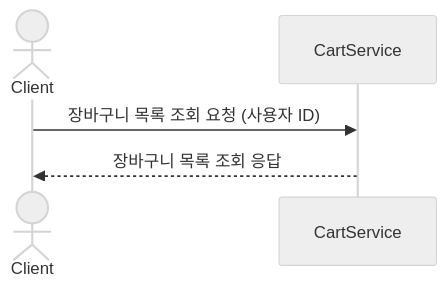
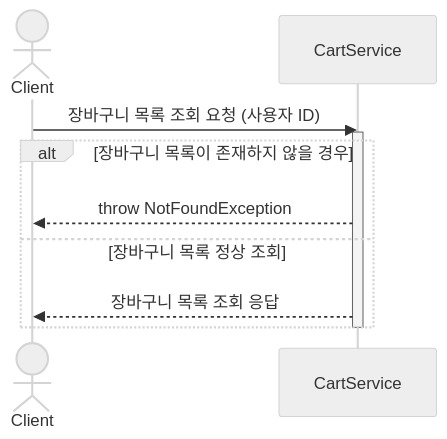
Before and after one commit to lgm1007/hhplus_ecommerce: the tenth of 10 diagrams in docs/SEQUENCE_DIAGRAM.md, drawn with Mermaid (neutral theme). The commit also changed other lines of this file, not shown here.

Commit message:
docs: 시퀀스 다이어그램 내용 수정

````diff
--- a/docs/SEQUENCE_DIAGRAM.md
+++ b/docs/SEQUENCE_DIAGRAM.md
@@ -229,8 +301,14 @@
 ```mermaid
 sequenceDiagram
     actor Client
     participant CartService
 
     Client ->> CartService: 장바구니 목록 조회 요청 (사용자 ID)
-    CartService -->> Client: 장바구니 목록 조회 응답
+    activate CartService
+    alt 장바구니 목록이 존재하지 않을 경우
+        CartService -->> Client: throw NotFoundException
+    else 장바구니 목록 정상 조회
+        CartService -->> Client: 장바구니 목록 조회 응답
+    end
+    deactivate CartService
 ```
````
